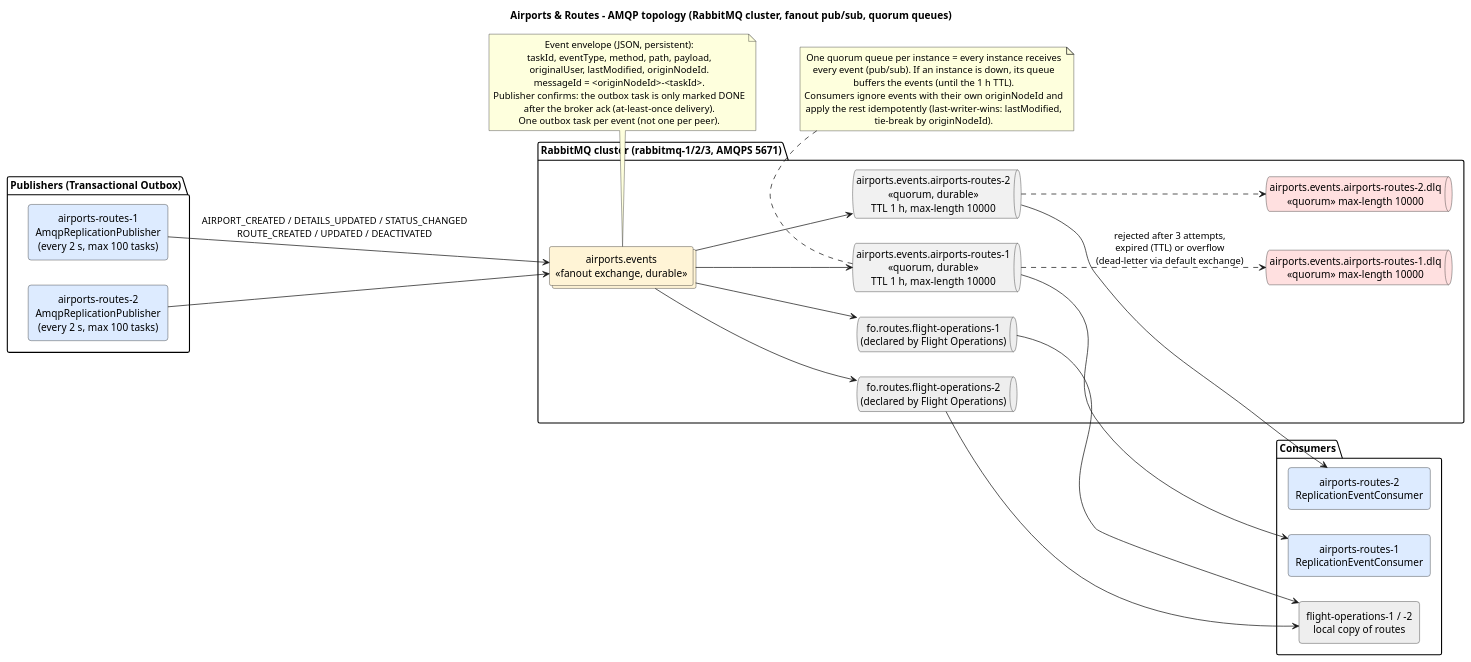
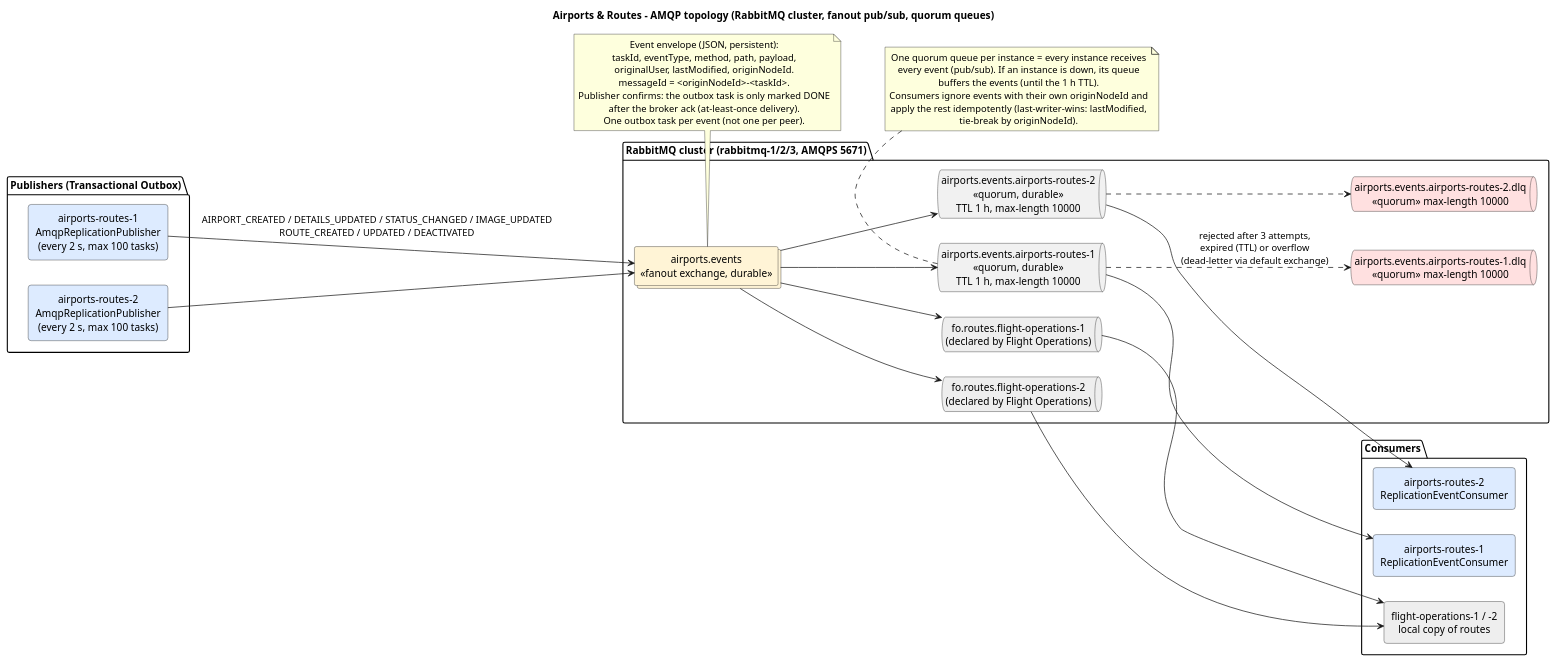
Before and after one commit to anamartasilvaa/SIDIG_AI_Safe: the diagram in Services/Airport e Routes/airports-routes-service/docs/messaging-topology-airports-routes.puml, drawn with PlantUML. The commit also changed 1 other file, not shown here.

```diff
--- a/Services/Airport e Routes/airports-routes-service/docs/messaging-topology-airports-routes.puml
+++ b/Services/Airport e Routes/airports-routes-service/docs/messaging-topology-airports-routes.puml
@@ -1,67 +1,67 @@
 @startuml messaging-topology-airports-routes
 skinparam shadowing false
 skinparam defaultTextAlignment center
 skinparam rectangle {
   RoundCorner 8
 }
 left to right direction
 title Airports & Routes - AMQP topology (RabbitMQ cluster, fanout pub/sub, quorum queues)
 
 package "Publishers (Transactional Outbox)" {
   rectangle "airports-routes-1\nAmqpReplicationPublisher\n(every 2 s, max 100 tasks)" as pub1 #DDEBFF
   rectangle "airports-routes-2\nAmqpReplicationPublisher\n(every 2 s, max 100 tasks)" as pub2 #DDEBFF
 }
 
 package "RabbitMQ cluster (rabbitmq-1/2/3, AMQPS 5671)" {
   collections "airports.events\n<<fanout exchange, durable>>" as ex #FFF4D6
 
   queue "airports.events.airports-routes-1\n<<quorum, durable>>\nTTL 1 h, max-length 10000" as q1
   queue "airports.events.airports-routes-2\n<<quorum, durable>>\nTTL 1 h, max-length 10000" as q2
   queue "airports.events.airports-routes-1.dlq\n<<quorum>> max-length 10000" as dlq1 #FFE0E0
   queue "airports.events.airports-routes-2.dlq\n<<quorum>> max-length 10000" as dlq2 #FFE0E0
 
   queue "fo.routes.flight-operations-1\n(declared by Flight Operations)" as qf1 #EEEEEE
   queue "fo.routes.flight-operations-2\n(declared by Flight Operations)" as qf2 #EEEEEE
 }
 
 package "Consumers" {
   rectangle "airports-routes-1\nReplicationEventConsumer" as c1 #DDEBFF
   rectangle "airports-routes-2\nReplicationEventConsumer" as c2 #DDEBFF
   rectangle "flight-operations-1 / -2\nlocal copy of routes" as cf #EEEEEE
 }
 
-pub1 --> ex : AIRPORT_CREATED / DETAILS_UPDATED / STATUS_CHANGED\nROUTE_CREATED / UPDATED / DEACTIVATED
+pub1 --> ex : AIRPORT_CREATED / DETAILS_UPDATED / STATUS_CHANGED / IMAGE_UPDATED\nROUTE_CREATED / UPDATED / DEACTIVATED
 pub2 --> ex
 
 ex --> q1
 ex --> q2
 ex --> qf1
 ex --> qf2
 
 q1 --> c1
 q2 --> c2
 qf1 --> cf
 qf2 --> cf
 
 q1 ..> dlq1 : rejected after 3 attempts,\nexpired (TTL) or overflow\n(dead-letter via default exchange)
 q2 ..> dlq2
 
 note bottom of ex
   Event envelope (JSON, persistent):
   taskId, eventType, method, path, payload,
   originalUser, lastModified, originNodeId.
   messageId = <originNodeId>-<taskId>.
   Publisher confirms: the outbox task is only marked DONE
   after the broker ack (at-least-once delivery).
   One outbox task per event (not one per peer).
 end note
 
 note bottom of q1
   One quorum queue per instance = every instance receives
   every event (pub/sub). If an instance is down, its queue
   buffers the events (until the 1 h TTL).
   Consumers ignore events with their own originNodeId and
   apply the rest idempotently (last-writer-wins: lastModified,
   tie-break by originNodeId).
 end note
 @enduml
```
